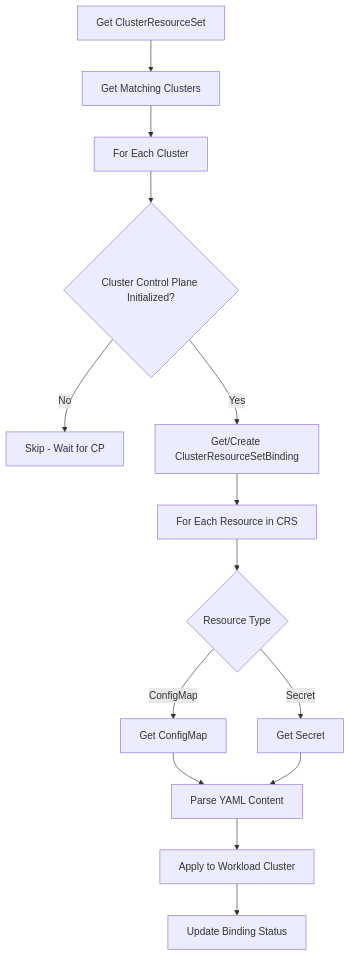
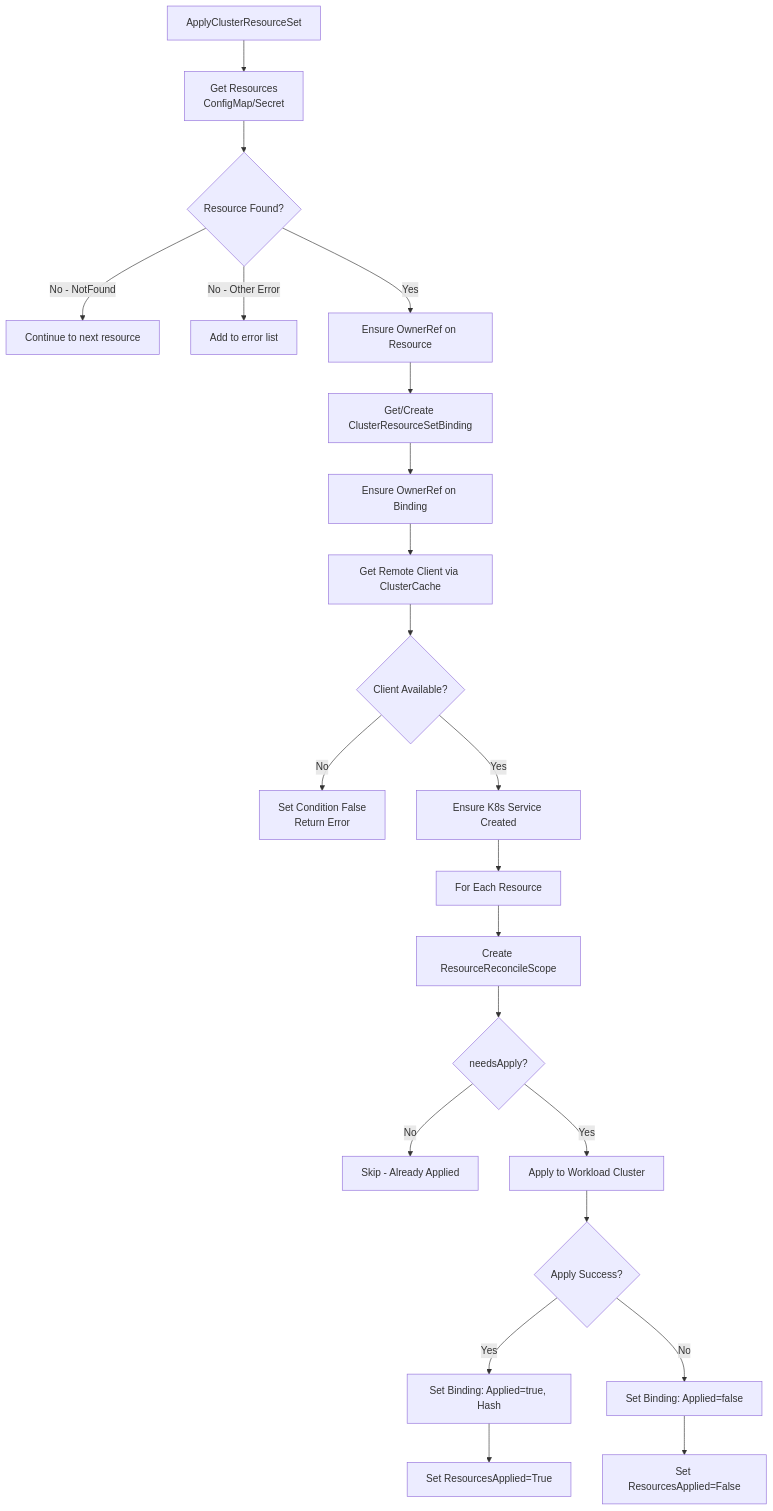
Before and after one commit to seanyen/cluster-api: the second of 9 diagrams in ai-gen/internal/controllers/clusterresourceset_controller.md, drawn with Mermaid. The commit also changed other lines of this file, not shown here.

````diff
--- a/ai-gen/internal/controllers/clusterresourceset_controller.md
+++ b/ai-gen/internal/controllers/clusterresourceset_controller.md
@@ -37,16 +35,24 @@
 ```mermaid
 flowchart TD
-    A[Get ClusterResourceSet] --> B[Get Matching Clusters]
-    B --> C[For Each Cluster]
-    C --> D{Cluster Control Plane Initialized?}
-    D -->|No| E[Skip - Wait for CP]
-    D -->|Yes| F[Get/Create ClusterResourceSetBinding]
-    F --> G[For Each Resource in CRS]
-    G --> H{Resource Type}
-    H -->|ConfigMap| I[Get ConfigMap]
-    H -->|Secret| J[Get Secret]
-    I --> K[Parse YAML Content]
-    J --> K
-    K --> L[Apply to Workload Cluster]
-    L --> M[Update Binding Status]
+    A[ApplyClusterResourceSet] --> B[Get Resources<br/>ConfigMap/Secret]
+    B --> C{Resource Found?}
+    C -->|No - NotFound| Skip[Continue to next resource]
+    C -->|No - Other Error| ErrRes[Add to error list]
+    C -->|Yes| D[Ensure OwnerRef on Resource]
+    D --> E[Get/Create ClusterResourceSetBinding]
+    E --> F[Ensure OwnerRef on Binding]
+    F --> G[Get Remote Client via ClusterCache]
+    G --> H{Client Available?}
+    H -->|No| ErrClient[Set Condition False<br/>Return Error]
+    H -->|Yes| I[Ensure K8s Service Created]
+    I --> J[For Each Resource]
+    J --> K[Create ResourceReconcileScope]
+    K --> L{needsApply?}
+    L -->|No| M[Skip - Already Applied]
+    L -->|Yes| N[Apply to Workload Cluster]
+    N --> O{Apply Success?}
+    O -->|Yes| P[Set Binding: Applied=true, Hash]
+    O -->|No| Q[Set Binding: Applied=false]
+    P --> R[Set ResourcesApplied=True]
+    Q --> S[Set ResourcesApplied=False]
 ```
````
